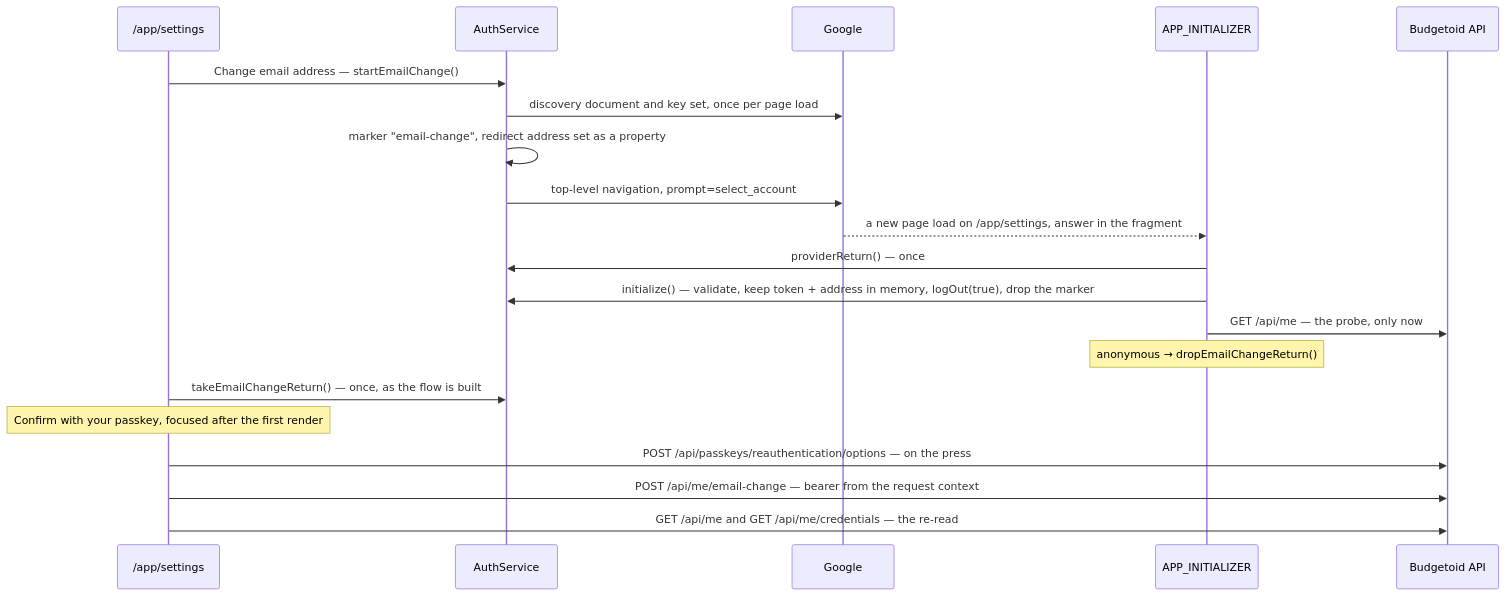
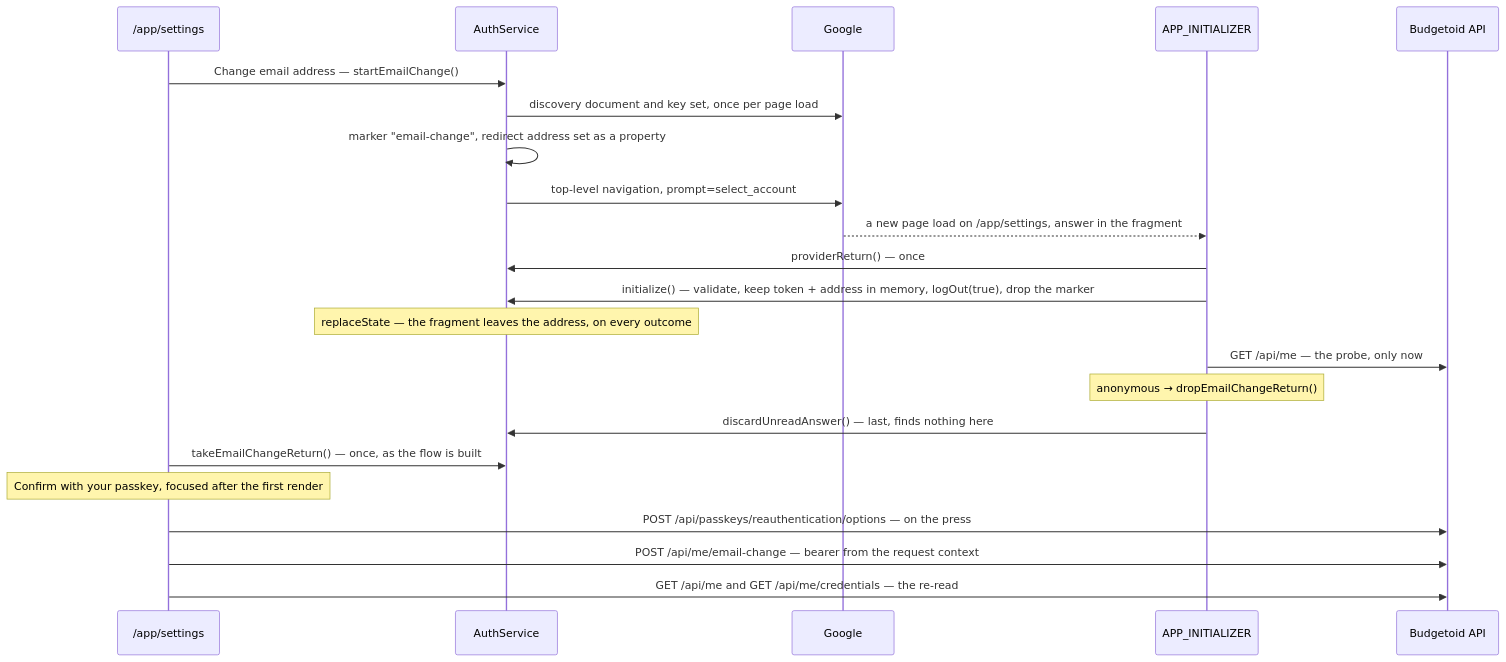
The third of 3 diagrams in docs/business-logic/email-change.md (anton-kochev/budgetoid), drawn with Mermaid before and after one commit. The commit also changed other lines of this file and 35 other files, not shown here.

````diff
--- a/docs/business-logic/email-change.md
+++ b/docs/business-logic/email-change.md
@@ -704,23 +872,25 @@
 ```mermaid
 sequenceDiagram
     participant S as /app/settings
     participant A as AuthService
     participant G as Google
     participant B as APP_INITIALIZER
     participant API as Budgetoid API
 
     S->>A: Change email address — startEmailChange()
     A->>G: discovery document and key set, once per page load
     A->>A: marker "email-change", redirect address set as a property
     A->>G: top-level navigation, prompt=select_account
     G-->>B: a new page load on /app/settings, answer in the fragment
     B->>A: providerReturn() — once
     B->>A: initialize() — validate, keep token + address in memory, logOut(true), drop the marker
+    Note over A: replaceState — the fragment leaves the address, on every outcome
     B->>API: GET /api/me — the probe, only now
     Note over B: anonymous → dropEmailChangeReturn()
+    B->>A: discardUnreadAnswer() — last, finds nothing here
     S->>A: takeEmailChangeReturn() — once, as the flow is built
     Note over S: Confirm with your passkey, focused after the first render
     S->>API: POST /api/passkeys/reauthentication/options — on the press
     S->>API: POST /api/me/email-change — bearer from the request context
     S->>API: GET /api/me and GET /api/me/credentials — the re-read
 ```
````
